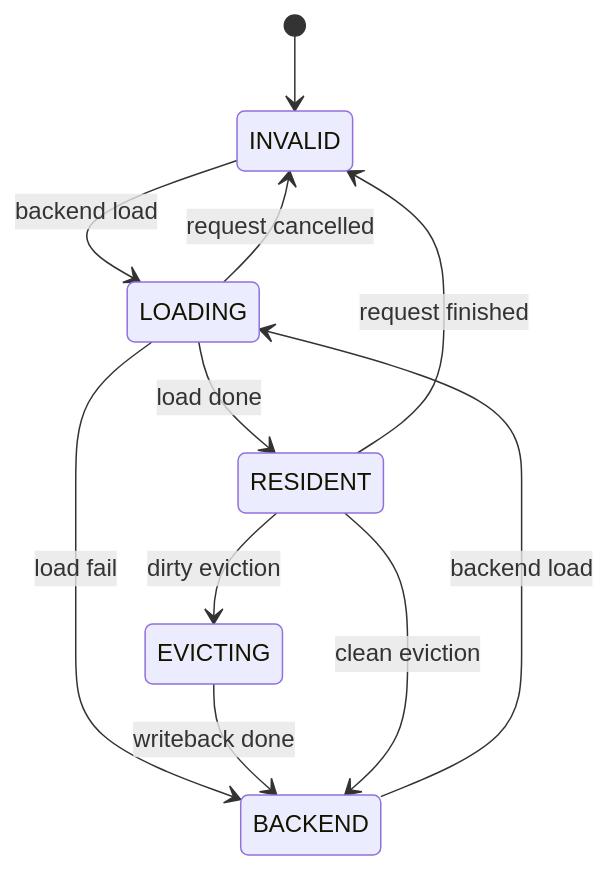
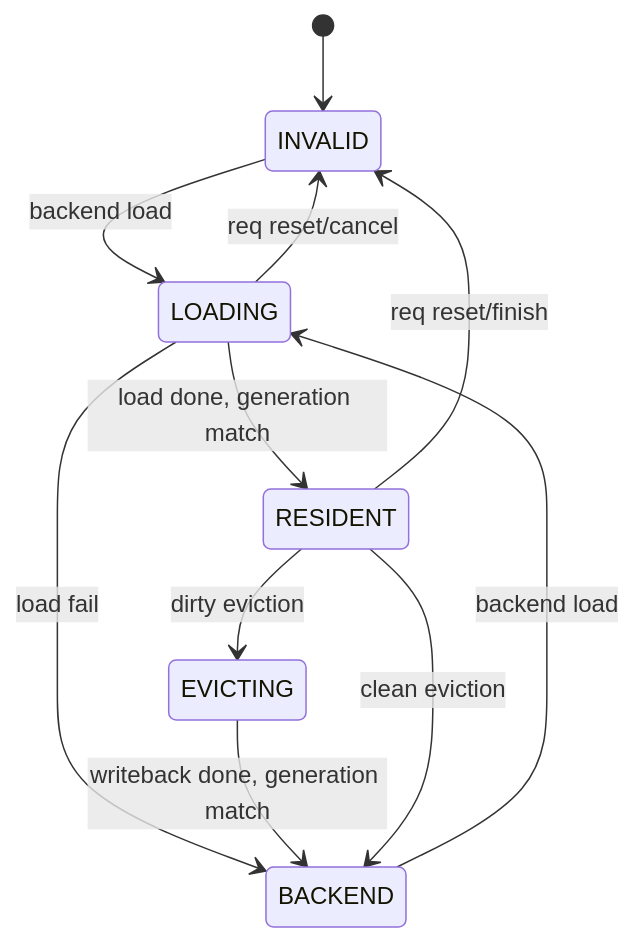
One commit to ykfnxx/ASU-Ascend changed the fourth of 13 diagrams in docs/draft/2026-06-02-npu-hbm-kvcache-management-draft.md. Above: the diagram before and after it, drawn with Mermaid. The commit also changed other lines of this file, not shown here.

Commit message:
Update KVCache draft with index flows

````diff
--- a/docs/draft/2026-06-02-npu-hbm-kvcache-management-draft.md
+++ b/docs/draft/2026-06-02-npu-hbm-kvcache-management-draft.md
@@ -523,13 +255,13 @@
 ```mermaid
 stateDiagram-v2
     [*] --> INVALID
     INVALID --> LOADING: backend load
     BACKEND --> LOADING: backend load
-    LOADING --> RESIDENT: load done
+    LOADING --> RESIDENT: load done, generation match
     LOADING --> BACKEND: load fail
-    LOADING --> INVALID: request cancelled
+    LOADING --> INVALID: req reset/cancel
     RESIDENT --> EVICTING: dirty eviction
-    EVICTING --> BACKEND: writeback done
+    EVICTING --> BACKEND: writeback done, generation match
     RESIDENT --> BACKEND: clean eviction
-    RESIDENT --> INVALID: request finished
+    RESIDENT --> INVALID: req reset/finish
 ```
````
